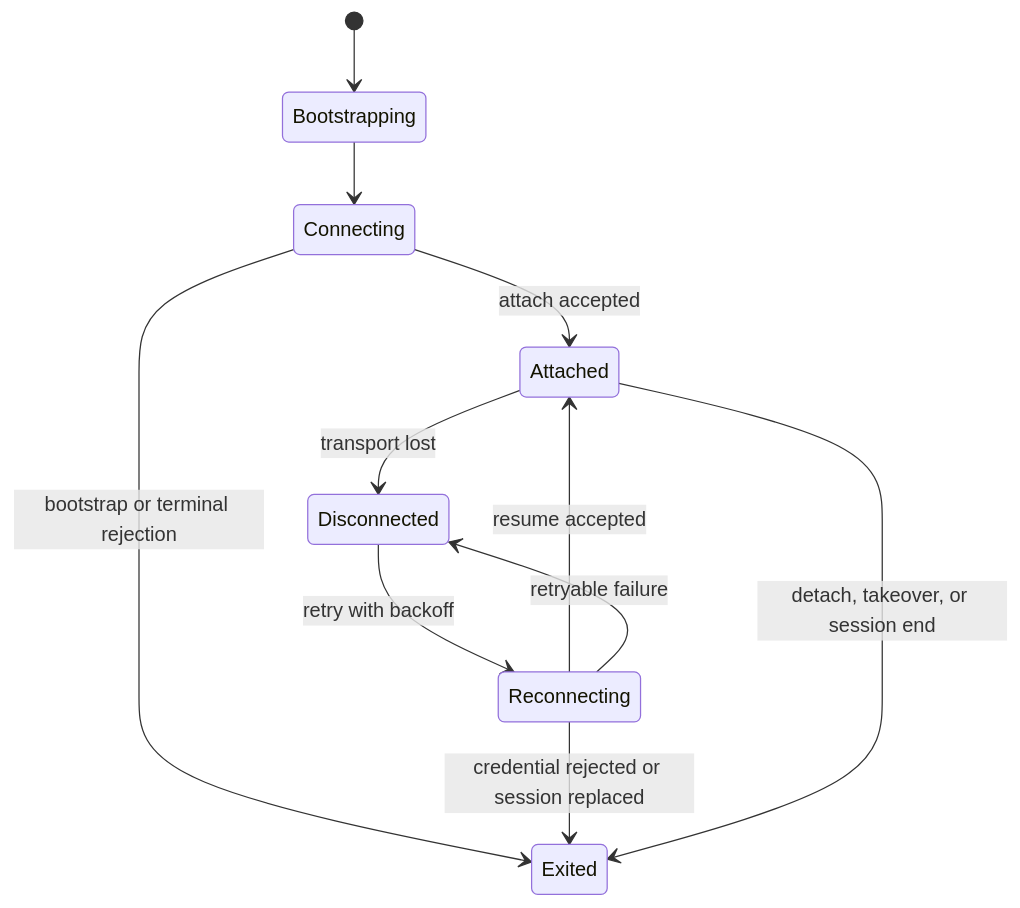
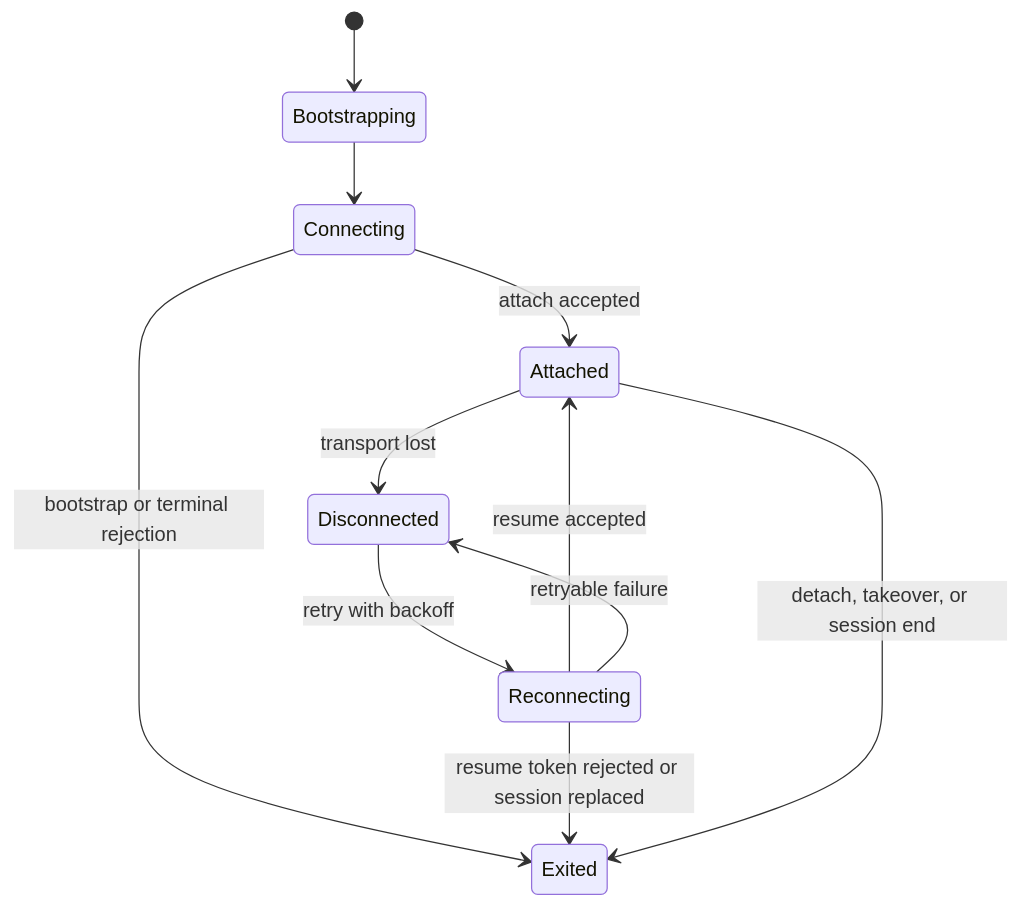
One commit to garindra/meja changed the fourth of 8 diagrams in ARCHITECTURE.md. Above: the diagram before and after it, drawn with Mermaid. The commit also changed other lines of this file and 47 other files, not shown here.

````diff
--- a/ARCHITECTURE.md
+++ b/ARCHITECTURE.md
@@ -321,13 +329,13 @@
 ```mermaid
 stateDiagram-v2
     [*] --> Bootstrapping
     Bootstrapping --> Connecting
     Connecting --> Attached: attach accepted
     Connecting --> Exited: bootstrap or terminal rejection
     Attached --> Disconnected: transport lost
     Disconnected --> Reconnecting: retry with backoff
     Reconnecting --> Attached: resume accepted
     Reconnecting --> Disconnected: retryable failure
-    Reconnecting --> Exited: credential rejected or session replaced
+    Reconnecting --> Exited: resume token rejected or session replaced
     Attached --> Exited: detach, takeover, or session end
 ```
````
